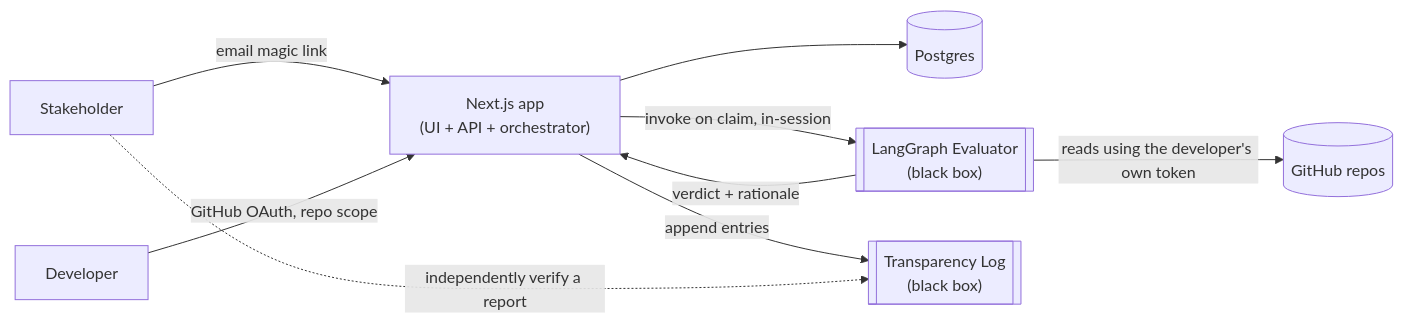
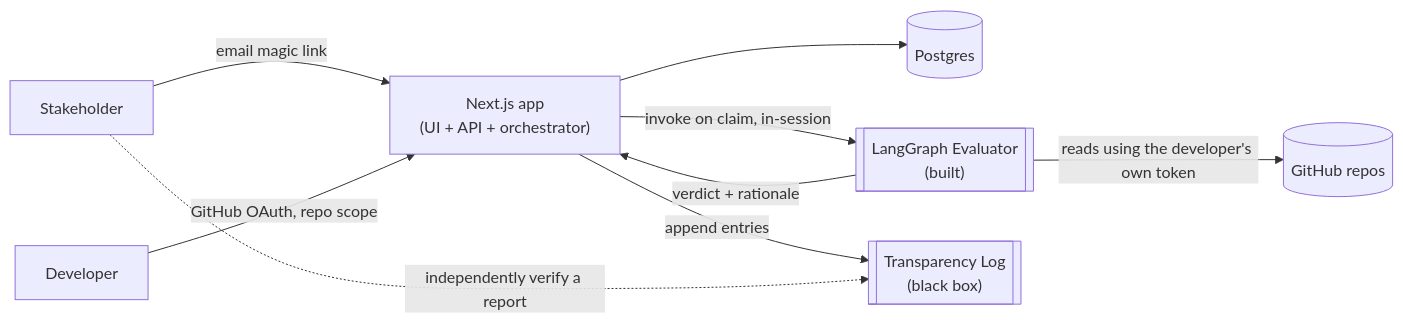
The diagram in README.md (Snehaty/Code-evaluator), drawn with Mermaid before and after one commit. The commit also changed other lines of this file and 1 other file, not shown here.

Commit message:
docs: close the Evaluator-as-black-box contradiction README left standing

````diff
--- a/README.md
+++ b/README.md
@@ -82,11 +82,11 @@
 ```mermaid
 flowchart LR
     Stakeholder -->|email magic link| App
     Developer -->|GitHub OAuth, repo scope| App
     App["Next.js app\n(UI + API + orchestrator)"] --> DB[(Postgres)]
-    App -->|invoke on claim, in-session| Evaluator[["LangGraph Evaluator\n(black box)"]]
+    App -->|invoke on claim, in-session| Evaluator[["LangGraph Evaluator\n(built)"]]
     Evaluator -->|reads using the developer's own token| Repos[(GitHub repos)]
     Evaluator -->|verdict + rationale| App
     App -->|append entries| TLog[["Transparency Log\n(black box)"]]
     Stakeholder -.->|independently verify a report| TLog
 ```
````
